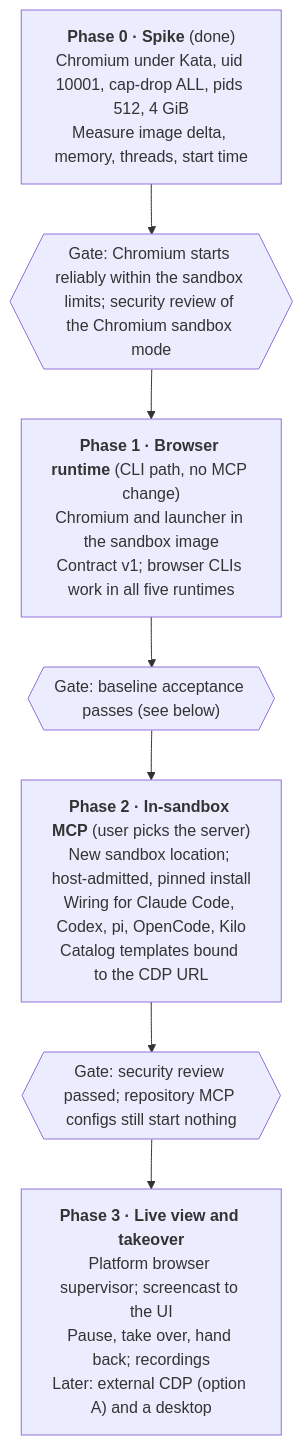
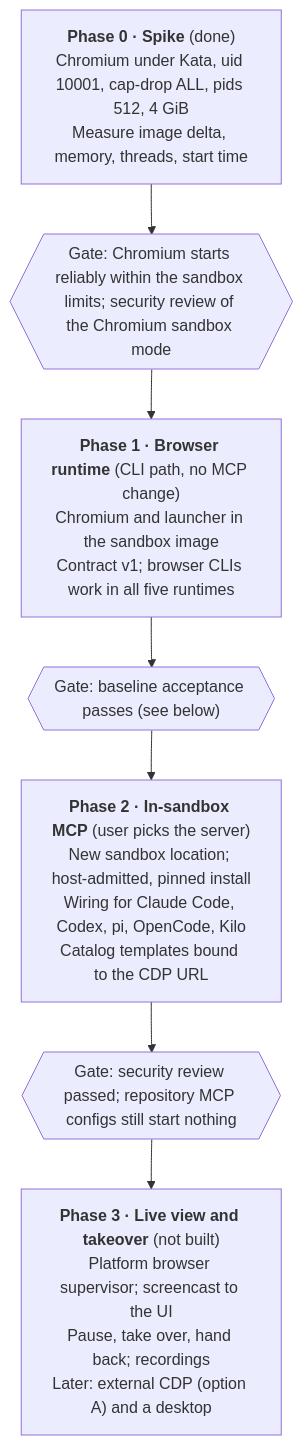
The second of 2 diagrams in docs/agents/specs/2026-11-02-computer-use-base-capability.md (HarvardMadSys/hybridInference-cloud-agent), drawn with Mermaid before and after one commit. The commit also changed other lines of this file, not shown here.

First line of the commit message:
docs(computer-use): record that phase 3 is not built (#1138)

````diff
--- a/docs/agents/specs/2026-11-02-computer-use-base-capability.md
+++ b/docs/agents/specs/2026-11-02-computer-use-base-capability.md
@@ -281,11 +283,11 @@
 ```mermaid
 flowchart TB
     p0["<b>Phase 0 · Spike</b> (done)<br/>Chromium under Kata, uid 10001, cap-drop ALL, pids 512, 4 GiB<br/>Measure image delta, memory, threads, start time"]
     g0{{"Gate: Chromium starts reliably within the sandbox limits; security review of the Chromium sandbox mode"}}
     p1["<b>Phase 1 · Browser runtime</b> (CLI path, no MCP change)<br/>Chromium and launcher in the sandbox image<br/>Contract v1; browser CLIs work in all five runtimes"]
     g1{{"Gate: baseline acceptance passes (see below)"}}
     p2["<b>Phase 2 · In-sandbox MCP</b> (user picks the server)<br/>New sandbox location; host-admitted, pinned install<br/>Wiring for Claude Code, Codex, pi, OpenCode, Kilo<br/>Catalog templates bound to the CDP URL"]
     g2{{"Gate: security review passed; repository MCP configs still start nothing"}}
-    p3["<b>Phase 3 · Live view and takeover</b><br/>Platform browser supervisor; screencast to the UI<br/>Pause, take over, hand back; recordings<br/>Later: external CDP (option A) and a desktop"]
+    p3["<b>Phase 3 · Live view and takeover</b> (not built)<br/>Platform browser supervisor; screencast to the UI<br/>Pause, take over, hand back; recordings<br/>Later: external CDP (option A) and a desktop"]
     p0 --> g0 --> p1 --> g1 --> p2 --> g2 --> p3
 ```
````
